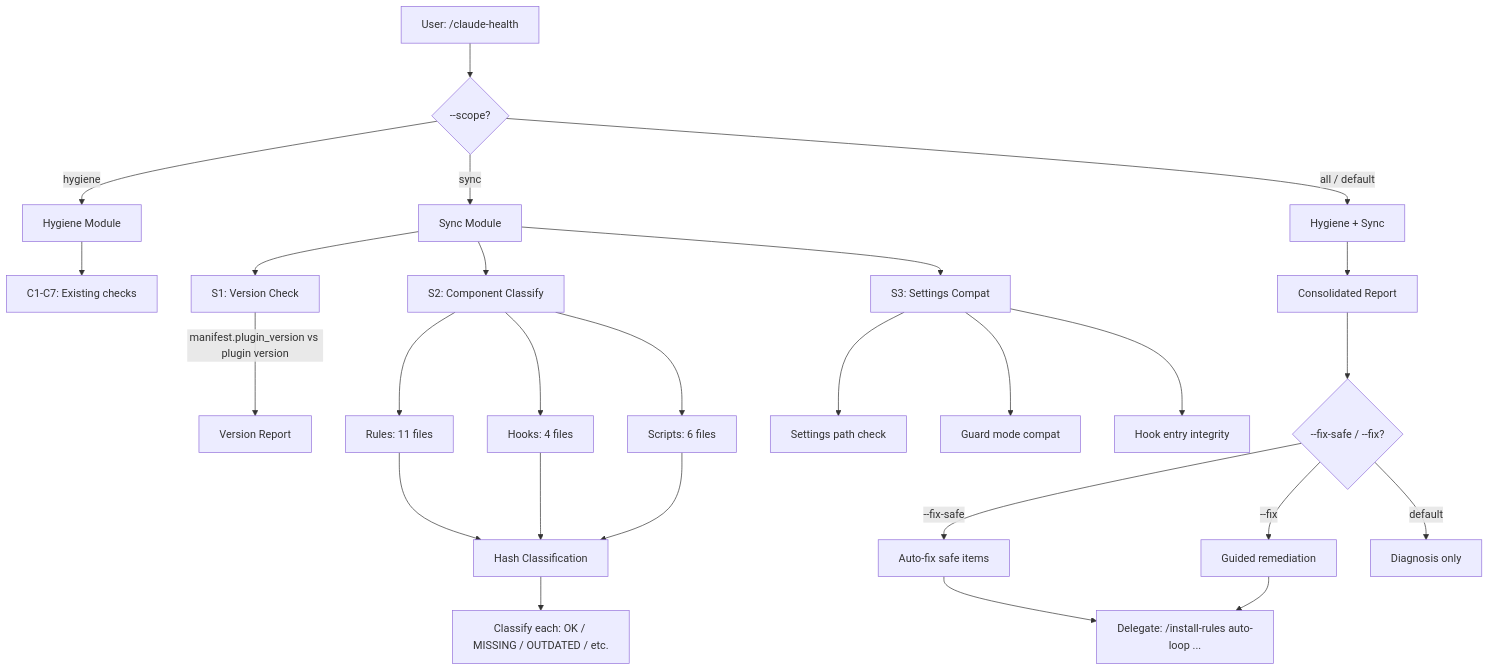
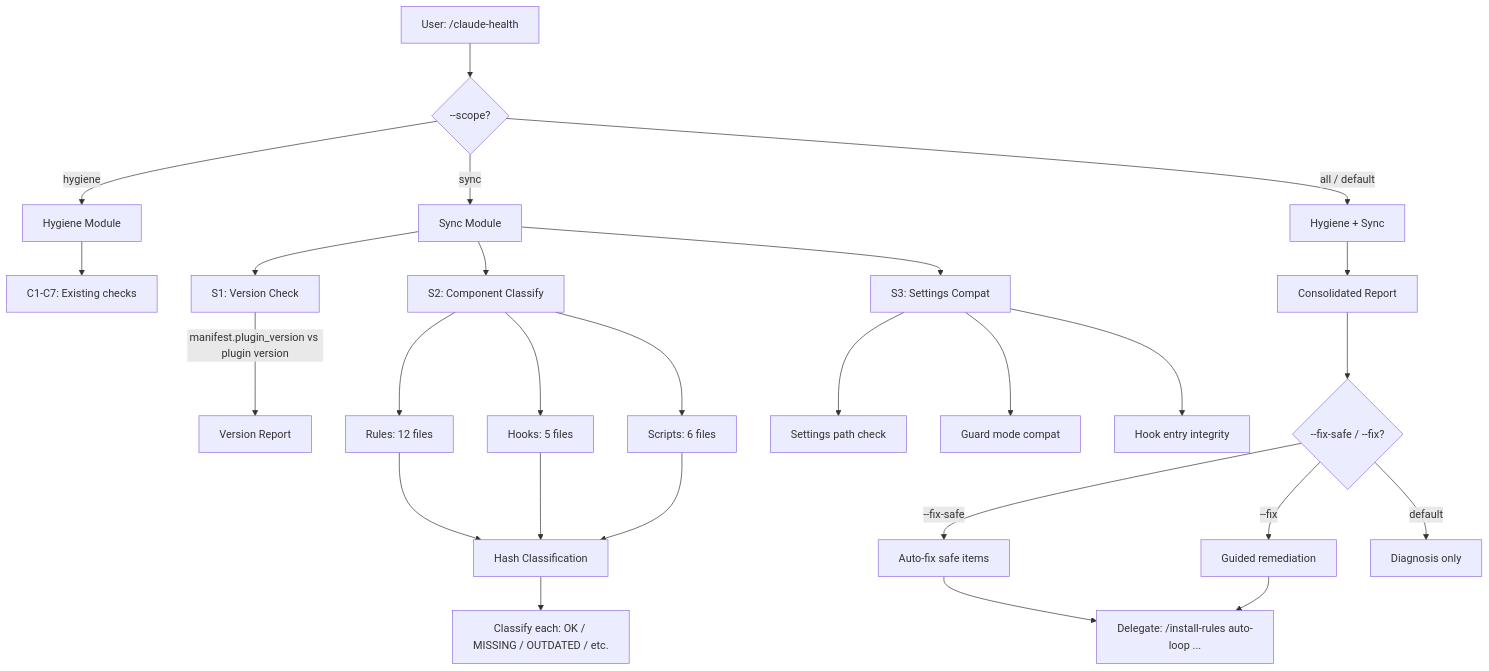
The first of 2 diagrams in docs/features/upgrade-doctor/2-tech-spec.md (jupiter-Pulin/Uranus-dev-flow), drawn with Mermaid before and after one commit. The commit also changed other lines of this file and 2 other files, not shown here.

````diff
--- a/docs/features/upgrade-doctor/2-tech-spec.md
+++ b/docs/features/upgrade-doctor/2-tech-spec.md
@@ -68,37 +68,37 @@
 ```mermaid
 flowchart TD
     U[User: /claude-health] --> SC{--scope?}
     SC --> |hygiene| HM[Hygiene Module]
     SC --> |sync| SM[Sync Module]
     SC --> |all / default| BOTH[Hygiene + Sync]
 
     HM --> C1[C1-C7: Existing checks]
 
     SM --> S1[S1: Version Check]
     SM --> S2[S2: Component Classify]
     SM --> S3[S3: Settings Compat]
 
     S1 --> |manifest.plugin_version vs plugin version| VR[Version Report]
 
-    S2 --> R[Rules: 11 files]
-    S2 --> H[Hooks: 4 files]
+    S2 --> R[Rules: 12 files]
+    S2 --> H[Hooks: 5 files]
     S2 --> SC2[Scripts: 6 files]
     R --> HASH[Hash Classification]
     H --> HASH
     SC2 --> HASH
     HASH --> CLASS[Classify each: OK / MISSING / OUTDATED / etc.]
 
     S3 --> SP[Settings path check]
     S3 --> GM[Guard mode compat]
     S3 --> HE[Hook entry integrity]
 
     BOTH --> REPORT[Consolidated Report]
 
     REPORT --> FIX{--fix-safe / --fix?}
     FIX --> |--fix-safe| SAFE[Auto-fix safe items]
     FIX --> |--fix| GUIDED[Guided remediation]
     FIX --> |default| DIAG[Diagnosis only]
 
     SAFE --> DELEGATE[Delegate: /install-rules auto-loop ...]
     GUIDED --> DELEGATE
 ```
````
